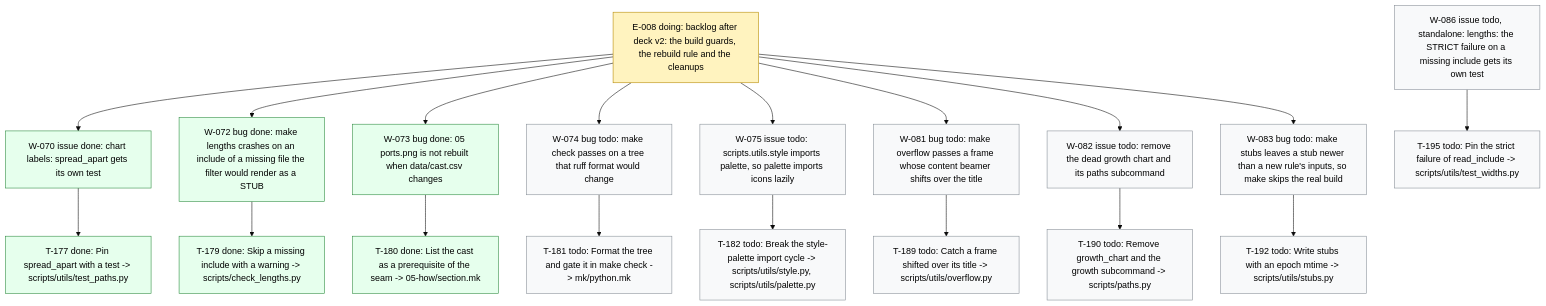
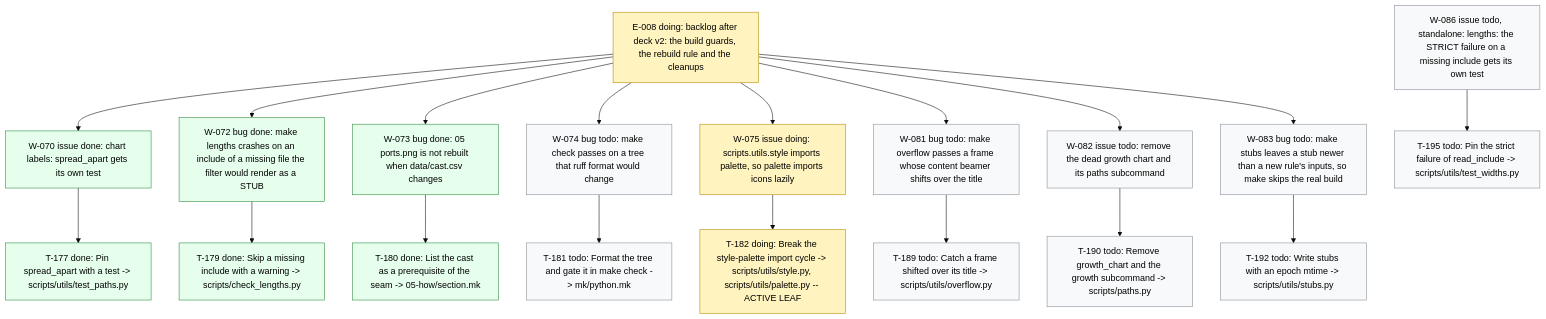
One commit to dpopchev/chaos-to-simple changed the diagram in .board/BOARD.md. Above: the diagram before and after it, drawn with Mermaid (base theme). The commit also changed other lines of this file and 2 other files, not shown here.

Commit message:
chore(board): activate W-075, start T-182
Refs: W-075 T-182

````diff
--- a/.board/BOARD.md
+++ b/.board/BOARD.md
@@ -486,30 +486,30 @@
 ```mermaid
 flowchart TD
   E008["E-008 doing: backlog after deck v2: the build guards, the rebuild rule and the cleanups"]
   E008 --> W070["W-070 issue done: chart labels: spread_apart gets its own test"]
   W070 --> T177["T-177 done: Pin spread_apart with a test -> scripts/utils/test_paths.py"]
   E008 --> W072["W-072 bug done: make lengths crashes on an include of a missing file the filter would render as a STUB"]
   W072 --> T179["T-179 done: Skip a missing include with a warning -> scripts/check_lengths.py"]
   E008 --> W073["W-073 bug done: 05 ports.png is not rebuilt when data/cast.csv changes"]
   W073 --> T180["T-180 done: List the cast as a prerequisite of the seam -> 05-how/section.mk"]
   E008 --> W074["W-074 bug todo: make check passes on a tree that ruff format would change"]
   W074 --> T181["T-181 todo: Format the tree and gate it in make check -> mk/python.mk"]
-  E008 --> W075["W-075 issue todo: scripts.utils.style imports palette, so palette imports icons lazily"]
-  W075 --> T182["T-182 todo: Break the style-palette import cycle -> scripts/utils/style.py, scripts/utils/palette.py"]
+  E008 --> W075["W-075 issue doing: scripts.utils.style imports palette, so palette imports icons lazily"]
+  W075 --> T182["T-182 doing: Break the style-palette import cycle -> scripts/utils/style.py, scripts/utils/palette.py -- ACTIVE LEAF"]
   E008 --> W081["W-081 bug todo: make overflow passes a frame whose content beamer shifts over the title"]
   W081 --> T189["T-189 todo: Catch a frame shifted over its title -> scripts/utils/overflow.py"]
   E008 --> W082["W-082 issue todo: remove the dead growth chart and its paths subcommand"]
   W082 --> T190["T-190 todo: Remove growth_chart and the growth subcommand -> scripts/paths.py"]
   E008 --> W083["W-083 bug todo: make stubs leaves a stub newer than a new rule's inputs, so make skips the real build"]
   W083 --> T192["T-192 todo: Write stubs with an epoch mtime -> scripts/utils/stubs.py"]
   W086["W-086 issue todo, standalone: lengths: the STRICT failure on a missing include gets its own test"]
   W086 --> T195["T-195 todo: Pin the strict failure of read_include -> scripts/utils/test_widths.py"]
   classDef doing fill:#fff3bf,stroke:#b58900,color:#000;
   classDef blocked fill:#ffe3e3,stroke:#c92a2a,color:#000;
   classDef done fill:#e6ffed,stroke:#2b8a3e,color:#000;
   classDef todo fill:#f8f9fa,stroke:#868e96,color:#000;
   classDef pruned fill:#f1f3f5,stroke:#adb5bd,color:#000;
-  class E008 doing
+  class E008,W075,T182 doing
   class W070,T177,W072,T179,W073,T180 done
-  class W074,T181,W075,T182,W081,T189,W082,T190,W083,T192,W086,T195 todo
+  class W074,T181,W081,T189,W082,T190,W083,T192,W086,T195 todo
 ```
````
